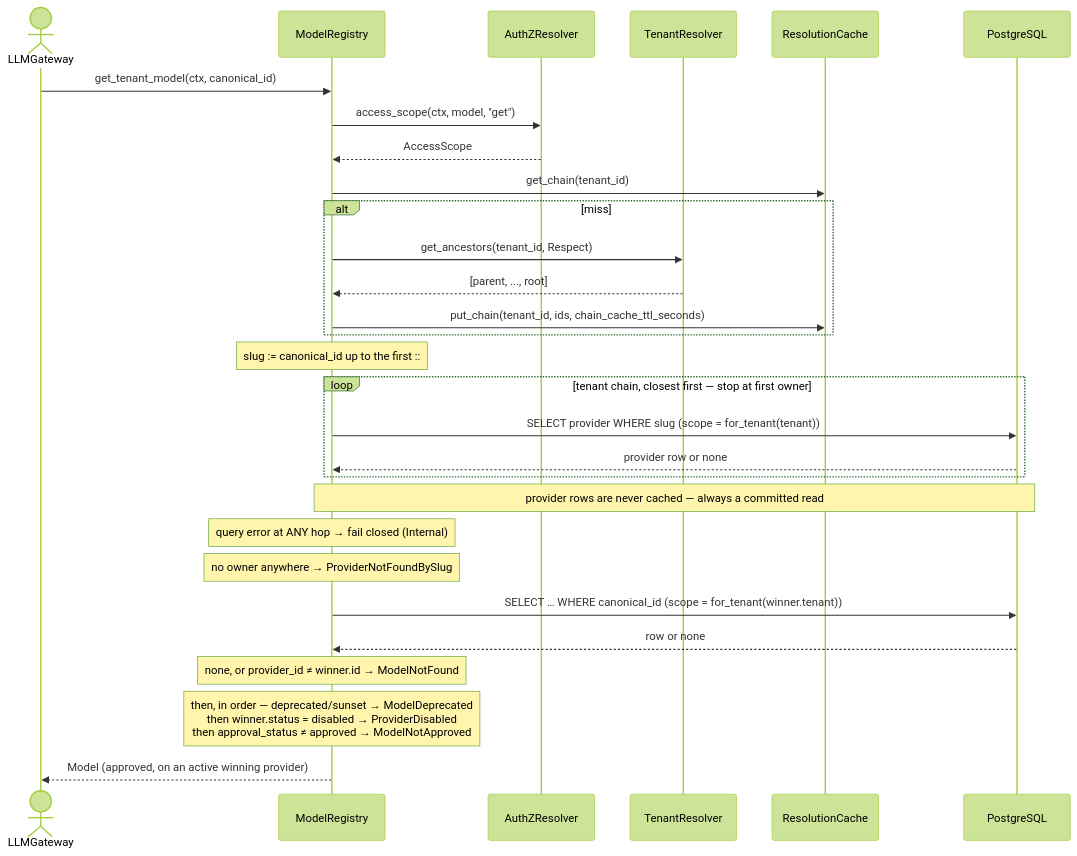
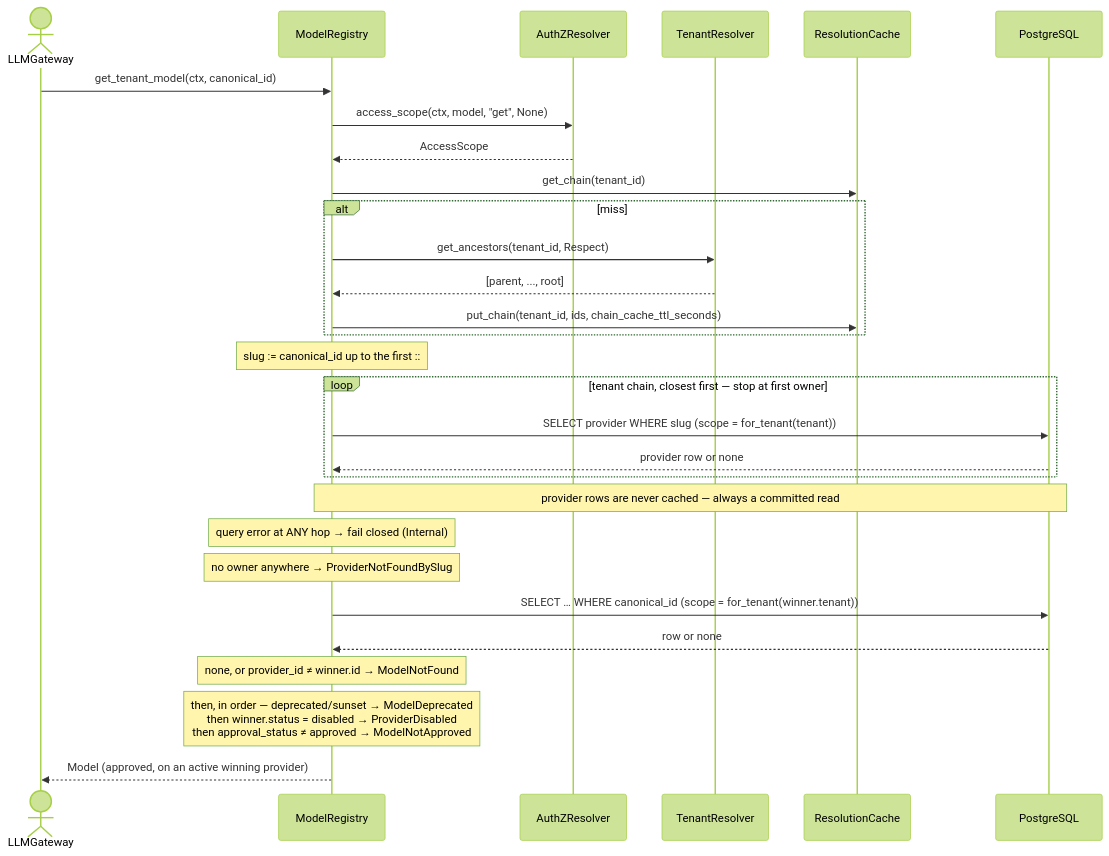
Before and after one commit to Qilin101/gears-rust: the third of 9 diagrams in gears/model-registry/docs/DESIGN.md, drawn with Mermaid (forest theme). The commit also changed other lines of this file and 2 other files, not shown here.

````diff
--- a/gears/model-registry/docs/DESIGN.md
+++ b/gears/model-registry/docs/DESIGN.md
@@ -1033,36 +1056,36 @@
 ```mermaid
 sequenceDiagram
     actor LLMGateway
     participant MR as ModelRegistry
     participant PDP as AuthZResolver
     participant Tenant as TenantResolver
     participant Cache as ResolutionCache
     participant DB as PostgreSQL
 
     LLMGateway->>MR: get_tenant_model(ctx, canonical_id)
-    MR->>PDP: access_scope(ctx, model, "get")
+    MR->>PDP: access_scope(ctx, model, "get", None)
     PDP-->>MR: AccessScope
 
     MR->>Cache: get_chain(tenant_id)
     alt miss
         MR->>Tenant: get_ancestors(tenant_id, Respect)
         Tenant-->>MR: [parent, ..., root]
         MR->>Cache: put_chain(tenant_id, ids, chain_cache_ttl_seconds)
     end
 
     note over MR: slug := canonical_id up to the first ::
 
     loop tenant chain, closest first — stop at first owner
         MR->>DB: SELECT provider WHERE slug (scope = for_tenant(tenant))
         DB-->>MR: provider row or none
     end
     note over MR,DB: provider rows are never cached — always a committed read
     note over MR: query error at ANY hop → fail closed (Internal)
     note over MR: no owner anywhere → ProviderNotFoundBySlug
 
     MR->>DB: SELECT … WHERE canonical_id (scope = for_tenant(winner.tenant))
     DB-->>MR: row or none
     note over MR: none, or provider_id ≠ winner.id → ModelNotFound
     note over MR: then, in order — deprecated/sunset → ModelDeprecated<br/>then winner.status = disabled → ProviderDisabled<br/>then approval_status ≠ approved → ModelNotApproved
     MR-->>LLMGateway: Model (approved, on an active winning provider)
 ```
````
